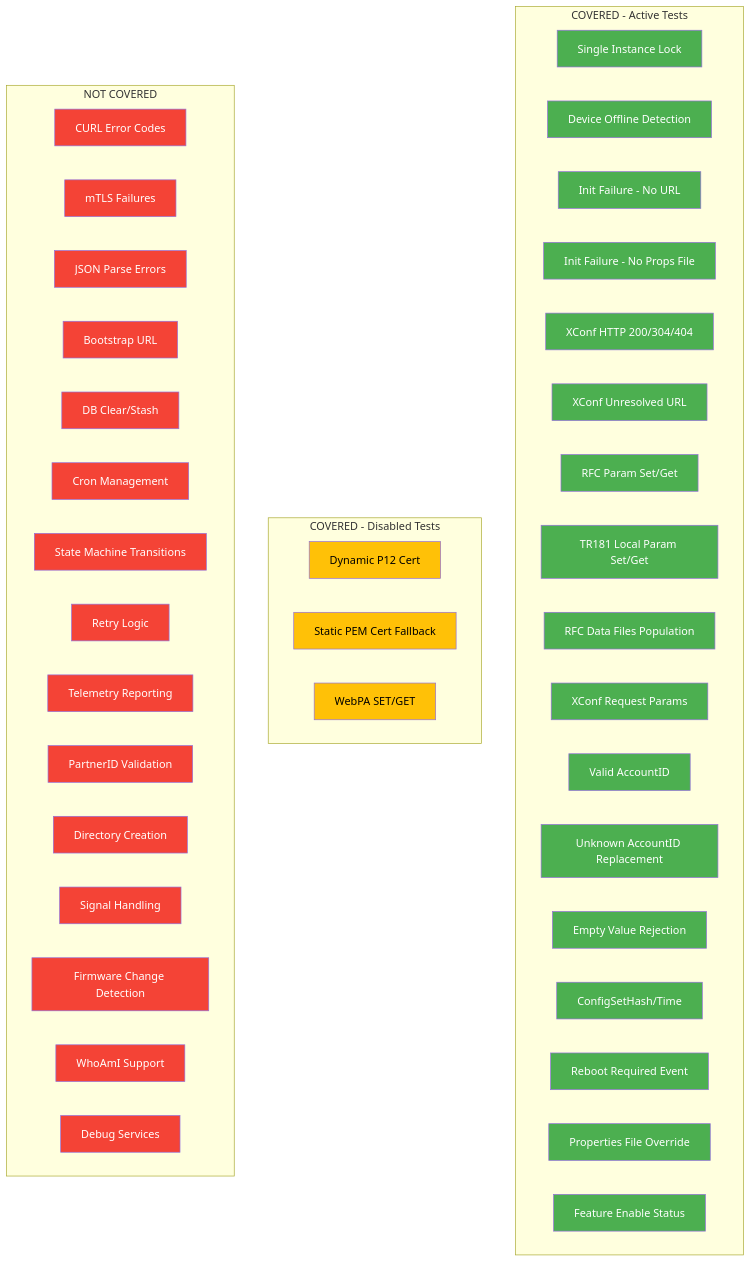
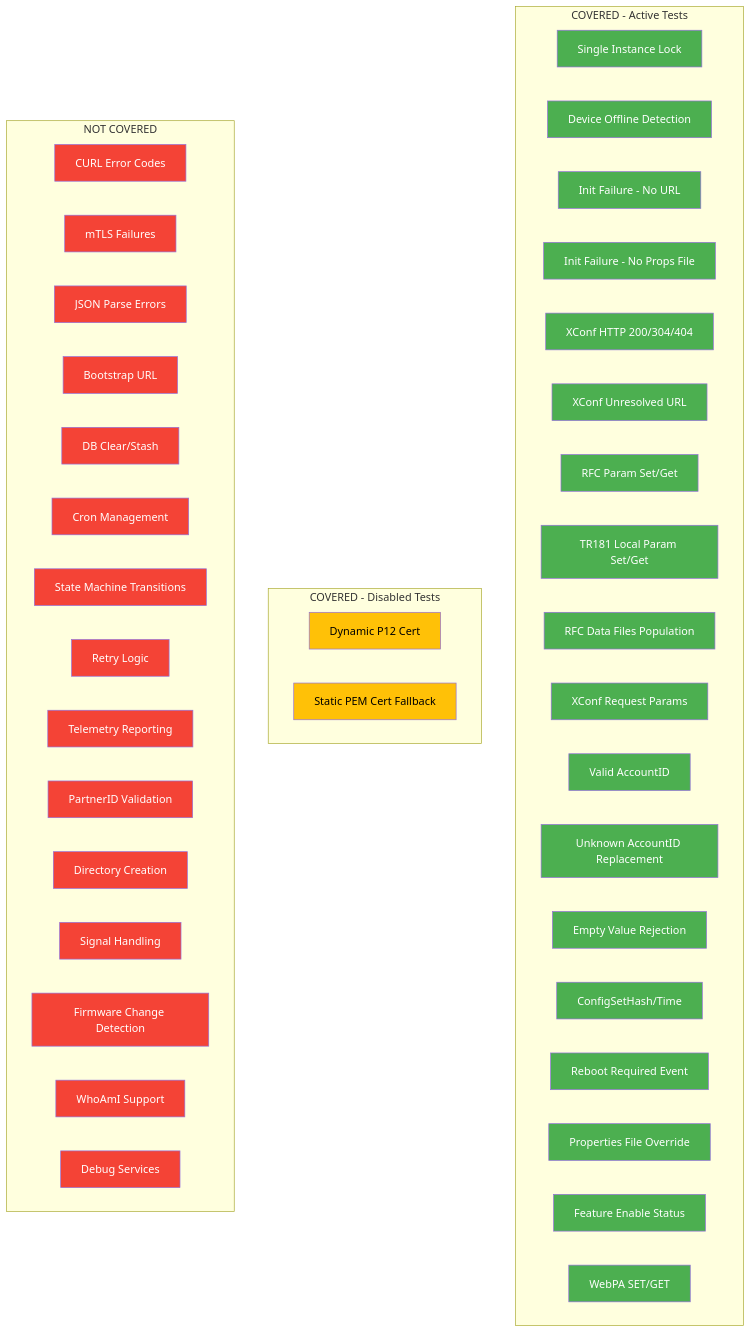
One commit to rdkcentral/rfc changed the first of 2 diagrams in test/docs/L2_Analysis_Report.md. Above: the diagram before and after it, drawn with Mermaid. The commit also changed other lines of this file and 1 other file, not shown here.

````diff
--- a/test/docs/L2_Analysis_Report.md
+++ b/test/docs/L2_Analysis_Report.md
@@ -41,82 +41,82 @@
 ```mermaid
 graph TB
     subgraph "COVERED - Active Tests"
         A[Single Instance Lock]
         B[Device Offline Detection]
         C[Init Failure - No URL]
         D[Init Failure - No Props File]
         E[XConf HTTP 200/304/404]
         F[XConf Unresolved URL]
         G[RFC Param Set/Get]
         H[TR181 Local Param Set/Get]
         I[RFC Data Files Population]
         J[XConf Request Params]
         K[Valid AccountID]
         L[Unknown AccountID Replacement]
         M[Empty Value Rejection]
         N[ConfigSetHash/Time]
         O[Reboot Required Event]
         P[Properties File Override]
         Q[Feature Enable Status]
+        T[WebPA SET/GET]
     end
 
     subgraph "COVERED - Disabled Tests"
         R[Dynamic P12 Cert]
         S[Static PEM Cert Fallback]
-        T[WebPA SET/GET]
     end
 
     subgraph "NOT COVERED"
         U[CURL Error Codes]
         V[mTLS Failures]
         W[JSON Parse Errors]
         X[Bootstrap URL]
         Y[DB Clear/Stash]
         Z[Cron Management]
         AA[State Machine Transitions]
         AB[Retry Logic]
         AC[Telemetry Reporting]
         AD[PartnerID Validation]
         AE[Directory Creation]
         AF[Signal Handling]
         AG[Firmware Change Detection]
         AH[WhoAmI Support]
         AI[Debug Services]
     end
 
     style A fill:#4CAF50,color:white
     style B fill:#4CAF50,color:white
     style C fill:#4CAF50,color:white
     style D fill:#4CAF50,color:white
     style E fill:#4CAF50,color:white
     style F fill:#4CAF50,color:white
     style G fill:#4CAF50,color:white
     style H fill:#4CAF50,color:white
     style I fill:#4CAF50,color:white
     style J fill:#4CAF50,color:white
     style K fill:#4CAF50,color:white
     style L fill:#4CAF50,color:white
     style M fill:#4CAF50,color:white
     style N fill:#4CAF50,color:white
     style O fill:#4CAF50,color:white
     style P fill:#4CAF50,color:white
     style Q fill:#4CAF50,color:white
     style R fill:#FFC107,color:black
     style S fill:#FFC107,color:black
-    style T fill:#FFC107,color:black
+    style T fill:#4CAF50,color:white
     style U fill:#F44336,color:white
     style V fill:#F44336,color:white
     style W fill:#F44336,color:white
     style X fill:#F44336,color:white
     style Y fill:#F44336,color:white
     style Z fill:#F44336,color:white
     style AA fill:#F44336,color:white
     style AB fill:#F44336,color:white
     style AC fill:#F44336,color:white
     style AD fill:#F44336,color:white
     style AE fill:#F44336,color:white
     style AF fill:#F44336,color:white
     style AG fill:#F44336,color:white
     style AH fill:#F44336,color:white
     style AI fill:#F44336,color:white
 ```
````
